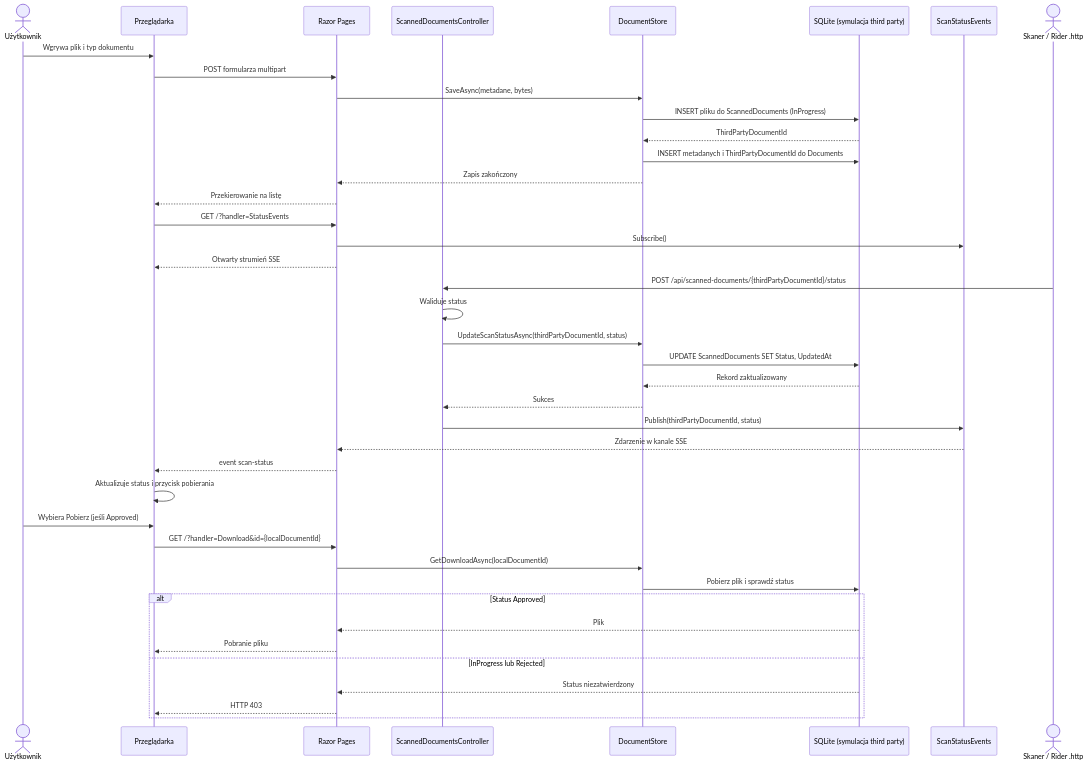
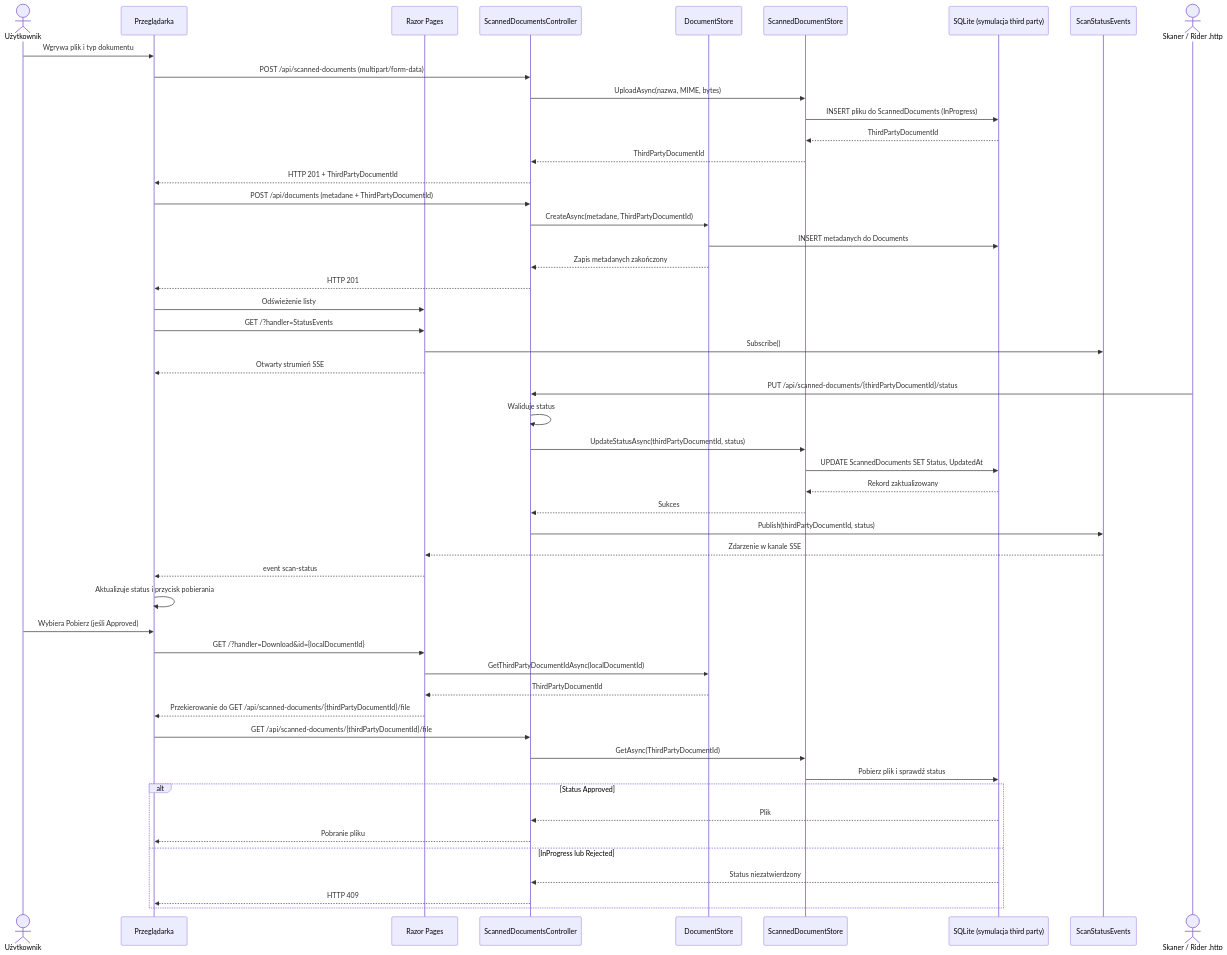
Before and after one commit to Magic15/RazorWebApp: the second of 2 diagrams in RazorPagesWebApp/SCAN_STATUS_FLOW.md, drawn with Mermaid. The commit also changed other lines of this file and 13 other files, not shown here.

````diff
--- a/RazorPagesWebApp/SCAN_STATUS_FLOW.md
+++ b/RazorPagesWebApp/SCAN_STATUS_FLOW.md
@@ -33,47 +33,57 @@
 ```mermaid
 sequenceDiagram
     actor User as Użytkownik
     participant Browser as Przeglądarka
     participant Page as Razor Pages
     participant API as ScannedDocumentsController
-    participant Store as DocumentStore
+    participant LocalStore as DocumentStore
+    participant ScannerStore as ScannedDocumentStore
     participant DB as SQLite (symulacja third party)
     participant Events as ScanStatusEvents
     actor Scanner as Skaner / Rider .http
 
     User->>Browser: Wgrywa plik i typ dokumentu
-    Browser->>Page: POST formularza multipart
-    Page->>Store: SaveAsync(metadane, bytes)
-    Store->>DB: INSERT pliku do ScannedDocuments (InProgress)
-    DB-->>Store: ThirdPartyDocumentId
-    Store->>DB: INSERT metadanych i ThirdPartyDocumentId do Documents
-    Store-->>Page: Zapis zakończony
-    Page-->>Browser: Przekierowanie na listę
+    Browser->>API: POST /api/scanned-documents (multipart/form-data)
+    API->>ScannerStore: UploadAsync(nazwa, MIME, bytes)
+    ScannerStore->>DB: INSERT pliku do ScannedDocuments (InProgress)
+    DB-->>ScannerStore: ThirdPartyDocumentId
+    ScannerStore-->>API: ThirdPartyDocumentId
+    API-->>Browser: HTTP 201 + ThirdPartyDocumentId
+    Browser->>API: POST /api/documents (metadane + ThirdPartyDocumentId)
+    API->>LocalStore: CreateAsync(metadane, ThirdPartyDocumentId)
+    LocalStore->>DB: INSERT metadanych do Documents
+    LocalStore-->>API: Zapis metadanych zakończony
+    API-->>Browser: HTTP 201
+    Browser->>Page: Odświeżenie listy
 
     Browser->>Page: GET /?handler=StatusEvents
     Page->>Events: Subscribe()
     Page-->>Browser: Otwarty strumień SSE
 
-    Scanner->>API: POST /api/scanned-documents/{thirdPartyDocumentId}/status
+    Scanner->>API: PUT /api/scanned-documents/{thirdPartyDocumentId}/status
     API->>API: Waliduje status
-    API->>Store: UpdateScanStatusAsync(thirdPartyDocumentId, status)
-    Store->>DB: UPDATE ScannedDocuments SET Status, UpdatedAt
-    DB-->>Store: Rekord zaktualizowany
-    Store-->>API: Sukces
+    API->>ScannerStore: UpdateStatusAsync(thirdPartyDocumentId, status)
+    ScannerStore->>DB: UPDATE ScannedDocuments SET Status, UpdatedAt
+    DB-->>ScannerStore: Rekord zaktualizowany
+    ScannerStore-->>API: Sukces
     API->>Events: Publish(thirdPartyDocumentId, status)
     Events-->>Page: Zdarzenie w kanale SSE
     Page-->>Browser: event scan-status
     Browser->>Browser: Aktualizuje status i przycisk pobierania
 
     User->>Browser: Wybiera Pobierz (jeśli Approved)
     Browser->>Page: GET /?handler=Download&id={localDocumentId}
-    Page->>Store: GetDownloadAsync(localDocumentId)
-    Store->>DB: Pobierz plik i sprawdź status
+    Page->>LocalStore: GetThirdPartyDocumentIdAsync(localDocumentId)
+    LocalStore-->>Page: ThirdPartyDocumentId
+    Page-->>Browser: Przekierowanie do GET /api/scanned-documents/{thirdPartyDocumentId}/file
+    Browser->>API: GET /api/scanned-documents/{thirdPartyDocumentId}/file
+    API->>ScannerStore: GetAsync(ThirdPartyDocumentId)
+    ScannerStore->>DB: Pobierz plik i sprawdź status
     alt Status Approved
-        DB-->>Page: Plik
-        Page-->>Browser: Pobranie pliku
+        DB-->>API: Plik
+        API-->>Browser: Pobranie pliku
     else InProgress lub Rejected
-        DB-->>Page: Status niezatwierdzony
-        Page-->>Browser: HTTP 403
+        DB-->>API: Status niezatwierdzony
+        API-->>Browser: HTTP 409
     end
 ```
````
